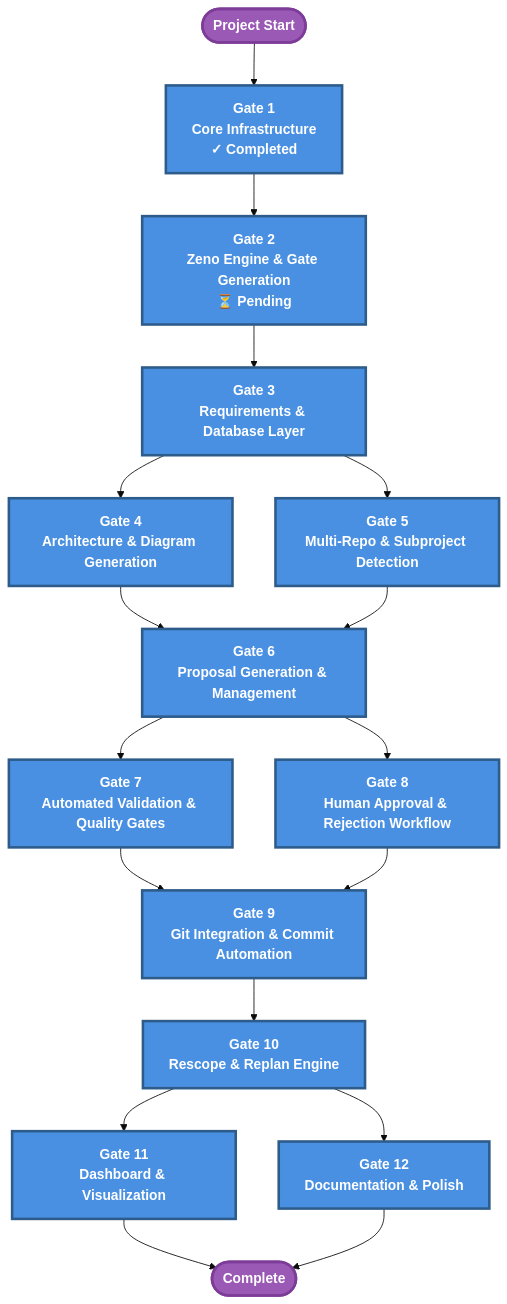
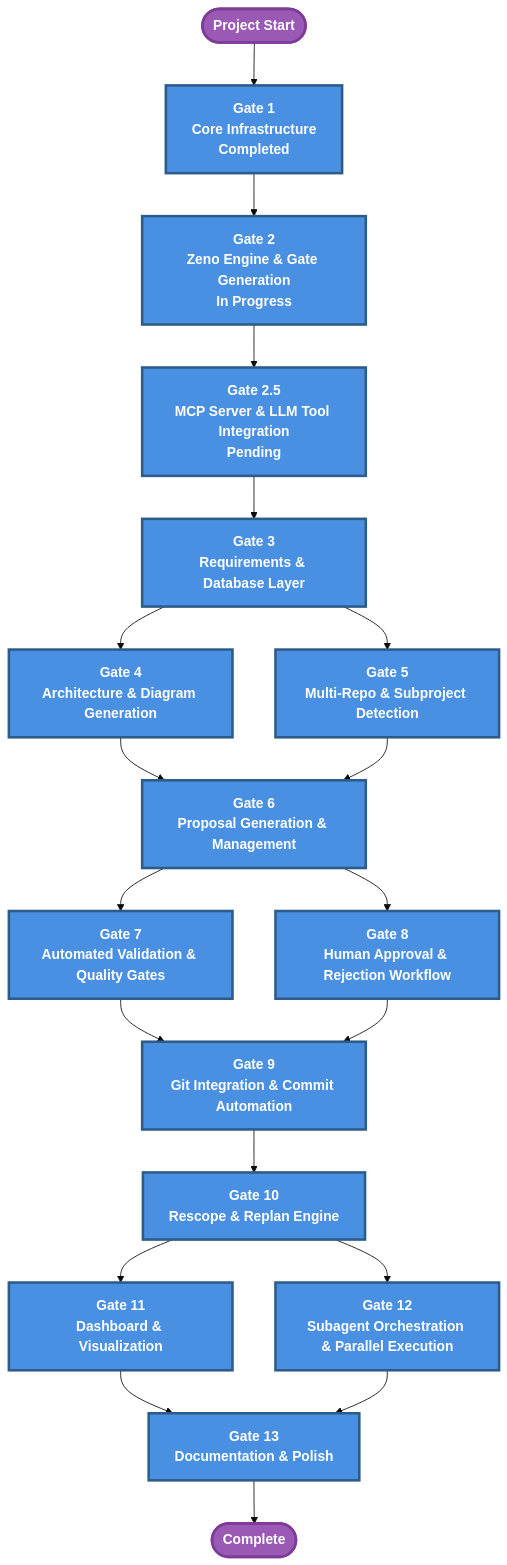
Before and after one commit to Duccci/Zenos-Planner: the diagram in zeno/architecture/gate-roadmap.md, drawn with Mermaid (base theme). The commit also changed other lines of this file and 121 other files, not shown here.

First line of the commit message:
chore(proposal): Archive proposal: MCP Tool Implementations (#g03p04tools)

````diff
--- a/zeno/architecture/gate-roadmap.md
+++ b/zeno/architecture/gate-roadmap.md
@@ -13,35 +13,39 @@
 ```mermaid
 graph TB
-    Start([Project Start]) --> G1[Gate 1<br/>Core Infrastructure<br/>✓ Completed]
+    Start([Project Start]) --> G1[Gate 1<br/>Core Infrastructure<br/>Completed]
     
-    G1 --> G2[Gate 2<br/>Zeno Engine & Gate Generation<br/>⏳ Pending]
+    G1 --> G2[Gate 2<br/>Zeno Engine & Gate Generation<br/>In Progress]
     
-    G2 --> G3[Gate 3<br/>Requirements & Database Layer]
+    G2 --> G2_5[Gate 2.5<br/>MCP Server & LLM Tool Integration<br/>Pending]
+    
+    G2_5 --> G3[Gate 3<br/>Requirements & Database Layer]
     
     G3 --> G4[Gate 4<br/>Architecture & Diagram Generation]
     G3 --> G5[Gate 5<br/>Multi-Repo & Subproject Detection]
     
     G4 --> G6[Gate 6<br/>Proposal Generation & Management]
     G5 --> G6
     
     G6 --> G7[Gate 7<br/>Automated Validation & Quality Gates]
     G6 --> G8[Gate 8<br/>Human Approval & Rejection Workflow]
     
     G7 --> G9[Gate 9<br/>Git Integration & Commit Automation]
     G8 --> G9
     
     G9 --> G10[Gate 10<br/>Rescope & Replan Engine]
     
     G10 --> G11[Gate 11<br/>Dashboard & Visualization]
-    G10 --> G12[Gate 12<br/>Documentation & Polish]
+    G10 --> G12[Gate 12<br/>Subagent Orchestration & Parallel Execution]
     
-    G11 --> End([Complete])
-    G12 --> End
+    G11 --> G13[Gate 13<br/>Documentation & Polish]
+    G12 --> G13
+    
+    G13 --> End([Complete])
     
     %% Styling
     classDef gateStyle fill:#4A90E2,stroke:#2E5C8A,stroke-width:3px,color:#fff,font-weight:bold
     classDef startEndStyle fill:#9B59B6,stroke:#7D3C98,stroke-width:3px,color:#fff,font-weight:bold
     
-    class G1,G2,G3,G4,G5,G6,G7,G8,G9,G10,G11,G12 gateStyle
+    class G1,G2,G2_5,G3,G4,G5,G6,G7,G8,G9,G10,G11,G12,G13 gateStyle
     class Start,End startEndStyle
 ```
````
